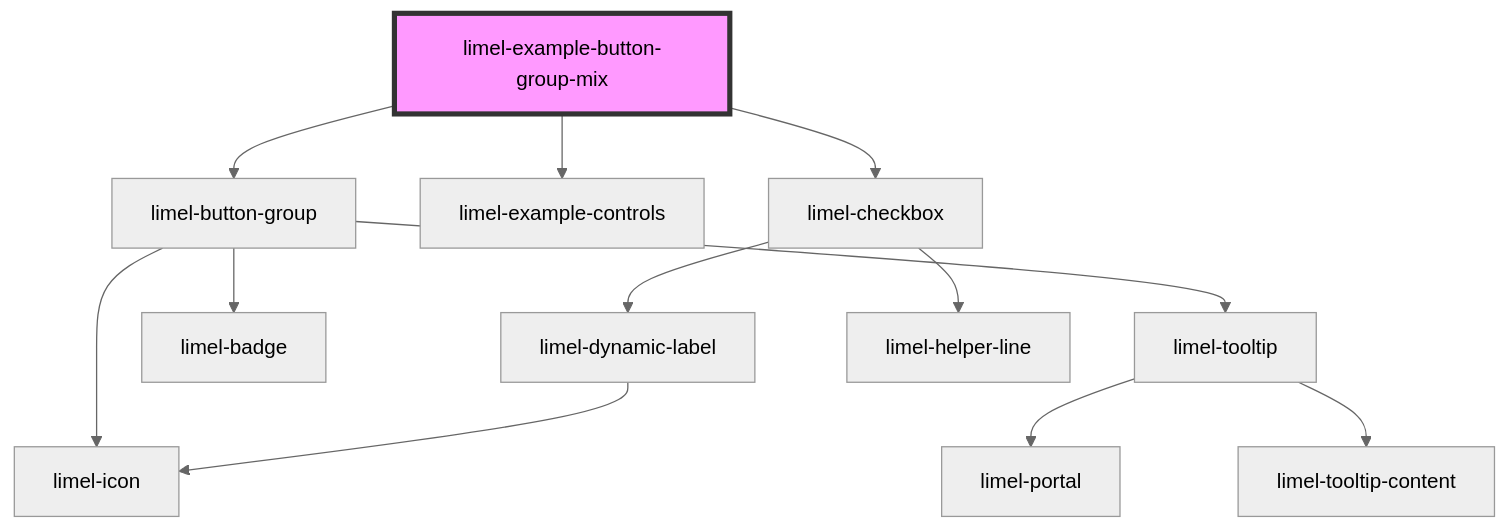
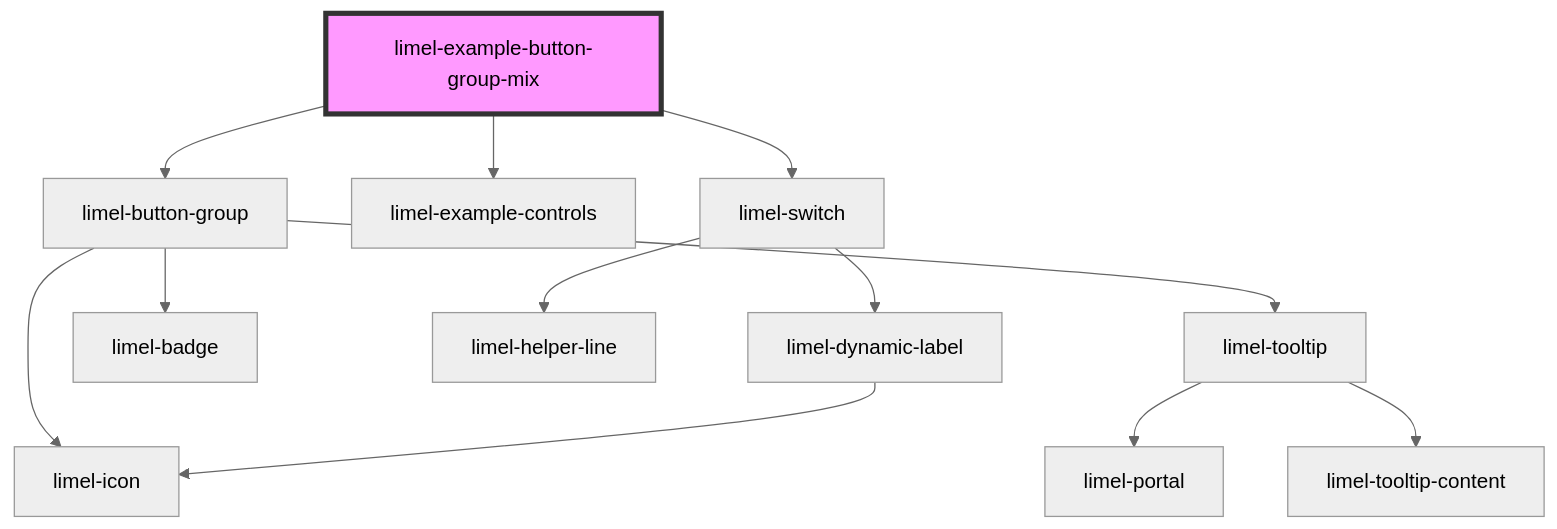
One commit to Lundalogik/lime-elements changed the diagram in versions/PR-3478/markdown-docs/components/button-group/examples/readme.md. Above: the diagram before and after it, drawn with Mermaid (neutral theme). The commit also changed other lines of this file and 118 other files, not shown here.

````diff
--- a/versions/PR-3478/markdown-docs/components/button-group/examples/readme.md
+++ b/versions/PR-3478/markdown-docs/components/button-group/examples/readme.md
@@ -28,15 +28,15 @@
 ```mermaid
 graph TD;
   limel-example-button-group-mix --> limel-button-group
   limel-example-button-group-mix --> limel-example-controls
-  limel-example-button-group-mix --> limel-checkbox
+  limel-example-button-group-mix --> limel-switch
   limel-button-group --> limel-icon
   limel-button-group --> limel-tooltip
   limel-button-group --> limel-badge
   limel-tooltip --> limel-portal
   limel-tooltip --> limel-tooltip-content
-  limel-checkbox --> limel-dynamic-label
-  limel-checkbox --> limel-helper-line
+  limel-switch --> limel-helper-line
+  limel-switch --> limel-dynamic-label
   limel-dynamic-label --> limel-icon
   style limel-example-button-group-mix fill:#f9f,stroke:#333,stroke-width:4px
 ```
````
